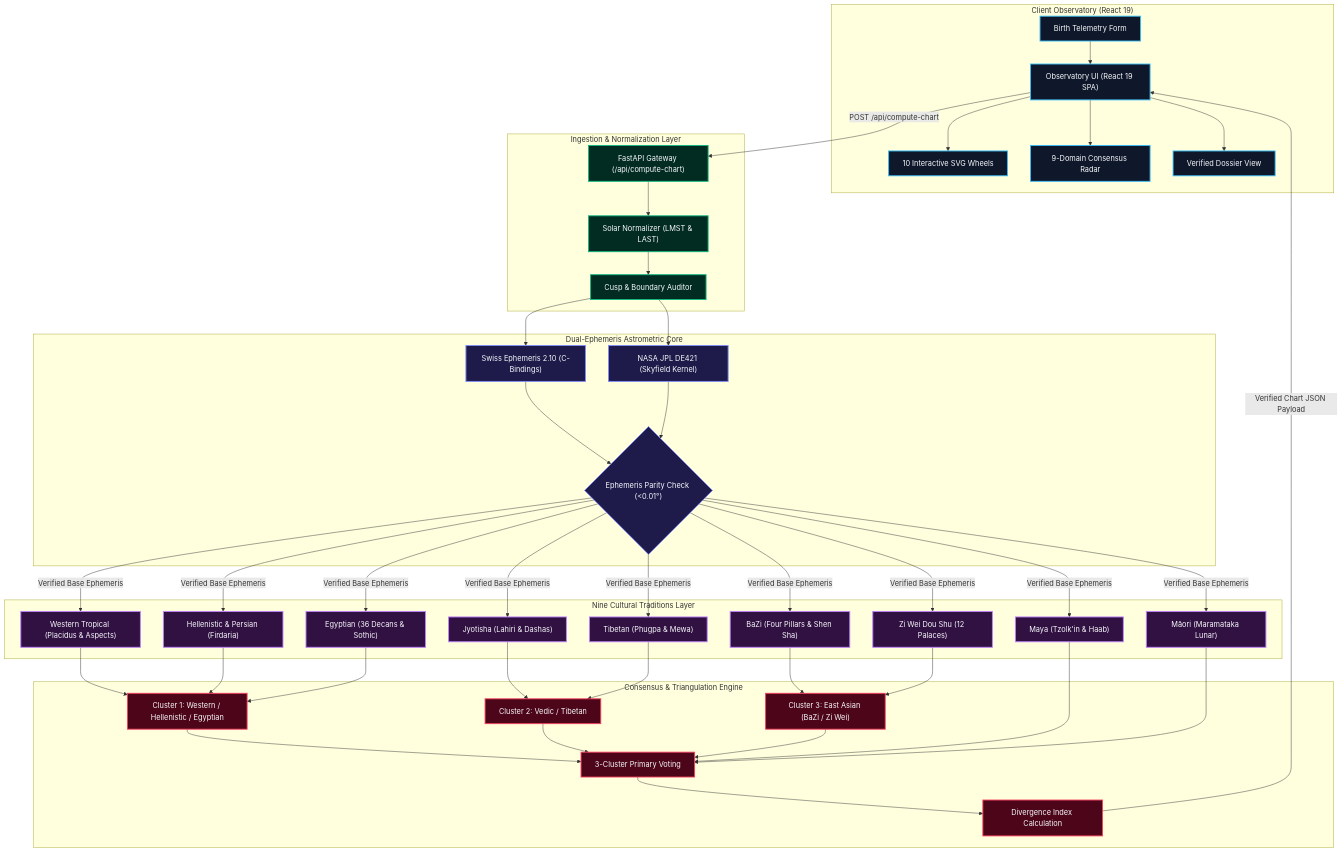
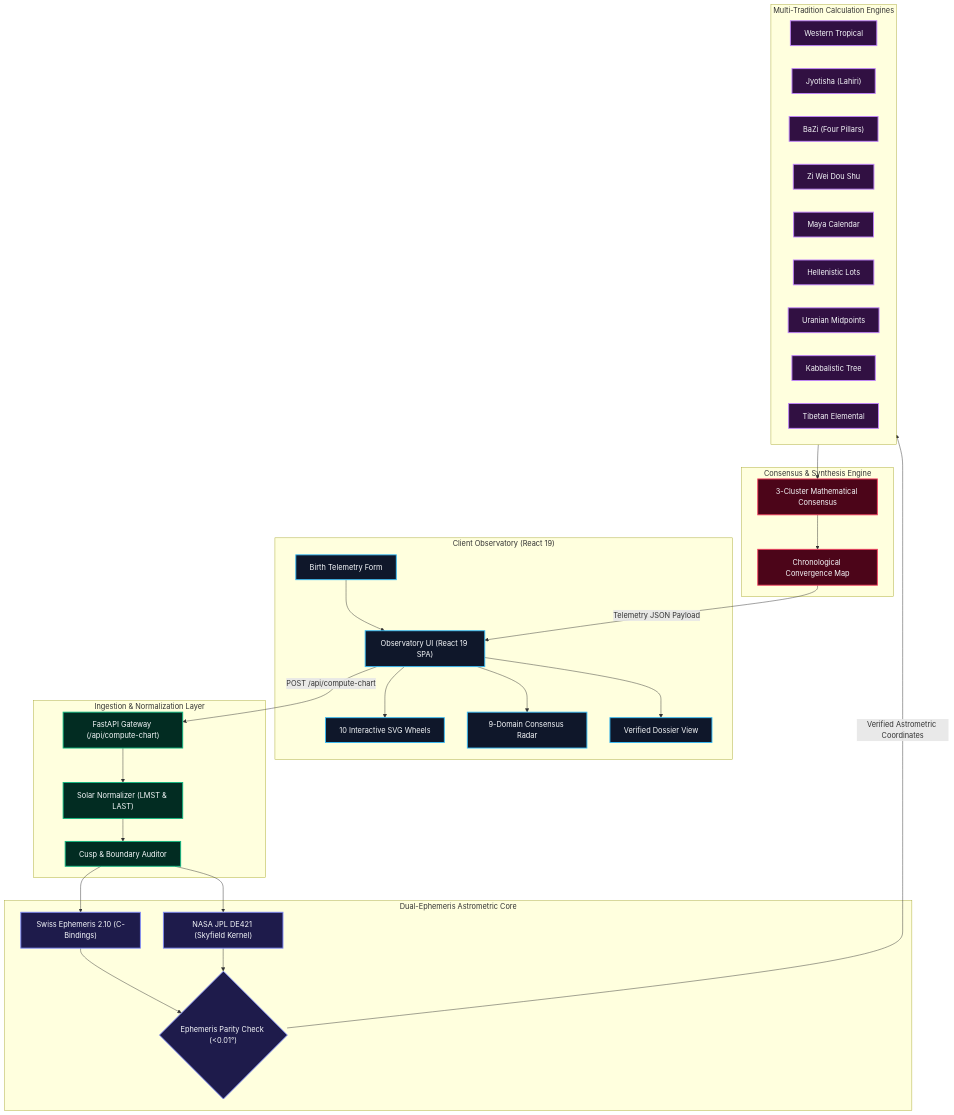
One commit to manvenpratap/Synodix changed the first of 5 diagrams in wiki/Architecture.md. Above: the diagram before and after it, drawn with Mermaid. The commit also changed other lines of this file and 6 other files, not shown here.

Commit message:
docs(wiki): embed native Mermaid architecture diagrams with comprehensive technical explanations

````diff
--- a/wiki/Architecture.md
+++ b/wiki/Architecture.md
@@ -15,63 +11,56 @@
 ```mermaid
 graph TD
     classDef client fill:#0f172a,stroke:#38bdf8,stroke-width:2px,color:#f8fafc;
     classDef edge fill:#022c22,stroke:#10b981,stroke-width:2px,color:#f8fafc;
     classDef core fill:#1e1b4b,stroke:#818cf8,stroke-width:2px,color:#f8fafc;
     classDef trad fill:#311042,stroke:#c084fc,stroke-width:2px,color:#f8fafc;
     classDef synth fill:#4c0519,stroke:#f43f5e,stroke-width:2px,color:#f8fafc;
 
     subgraph Client_Observatory ["Client Observatory (React 19)"]
         UI["Observatory UI (React 19 SPA)"]:::client
         Form["Birth Telemetry Form"]:::client
         Wheels["10 Interactive SVG Wheels"]:::client
         Radar["9-Domain Consensus Radar"]:::client
         Dossier["Verified Dossier View"]:::client
         Form --> UI
         UI --> Wheels & Radar & Dossier
     end
 
     subgraph Edge_Gateway ["Ingestion & Normalization Layer"]
         API["FastAPI Gateway (/api/compute-chart)"]:::edge
         Solar["Solar Normalizer (LMST & LAST)"]:::edge
         CuspAudit["Cusp & Boundary Auditor"]:::edge
         API --> Solar --> CuspAudit
     end
 
     subgraph Dual_Astrometry ["Dual-Ephemeris Astrometric Core"]
         SwissEph["Swiss Ephemeris 2.10 (C-Bindings)"]:::core
         Skyfield["NASA JPL DE421 (Skyfield Kernel)"]:::core
         ParityCheck{"Ephemeris Parity Check (<0.01°)"}:::core
         SwissEph --> ParityCheck
         Skyfield --> ParityCheck
     end
 
-    subgraph Traditions_Cluster ["Nine Cultural Traditions Layer"]
-        Western["Western Tropical (Placidus & Aspects)"]:::trad
-        Jyotisha["Jyotisha (Lahiri & Dashas)"]:::trad
-        BaZi["BaZi (Four Pillars & Shen Sha)"]:::trad
-        ZiWei["Zi Wei Dou Shu (12 Palaces)"]:::trad
-        Maya["Maya (Tzolk'in & Haab)"]:::trad
-        Tibetan["Tibetan (Phugpa & Mewa)"]:::trad
-        Persian["Hellenistic & Persian (Firdaria)"]:::trad
-        Egyptian["Egyptian (36 Decans & Sothic)"]:::trad
-        Maori["Māori (Maramataka Lunar)"]:::trad
+    subgraph Nine_Traditions ["Multi-Tradition Calculation Engines"]
+        Western["Western Tropical"]:::trad
+        Vedic["Jyotisha (Lahiri)"]:::trad
+        BaZi["BaZi (Four Pillars)"]:::trad
+        ZiWei["Zi Wei Dou Shu"]:::trad
+        Maya["Maya Calendar"]:::trad
+        Hellenistic["Hellenistic Lots"]:::trad
+        Uranian["Uranian Midpoints"]:::trad
+        Kabbalistic["Kabbalistic Tree"]:::trad
+        Tibetan["Tibetan Elemental"]:::trad
     end
 
-    subgraph Triangulation_Engine ["Consensus & Triangulation Engine"]
-        Cluster1["Cluster 1: Western / Hellenistic / Egyptian"]:::synth
-        Cluster2["Cluster 2: Vedic / Tibetan"]:::synth
-        Cluster3["Cluster 3: East Asian (BaZi / Zi Wei)"]:::synth
-        ConsensusVoting["3-Cluster Primary Voting"]:::synth
-        Divergence["Divergence Index Calculation"]:::synth
-        ConsensusVoting --> Divergence
+    subgraph Triangulation ["Consensus & Synthesis Engine"]
+        Consensus["3-Cluster Mathematical Consensus"]:::synth
+        Chronos["Chronological Convergence Map"]:::synth
     end
 
-    UI -->|POST /api/compute-chart| API
+    UI -->|"POST /api/compute-chart"| API
     CuspAudit --> SwissEph & Skyfield
-    ParityCheck -->|Verified Base Ephemeris| Western & Jyotisha & BaZi & ZiWei & Maya & Tibetan & Persian & Egyptian & Maori
-    Western & Persian & Egyptian --> Cluster1
-    Jyotisha & Tibetan --> Cluster2
-    BaZi & ZiWei --> Cluster3
-    Cluster1 & Cluster2 & Cluster3 & Maya & Maori --> ConsensusVoting
-    Divergence -->|Verified Chart JSON Payload| UI
+    ParityCheck -->|"Verified Astrometric Coordinates"| Nine_Traditions
+    Nine_Traditions --> Consensus --> Chronos
+    Chronos -->|"Telemetry JSON Payload"| UI
 ```
````
